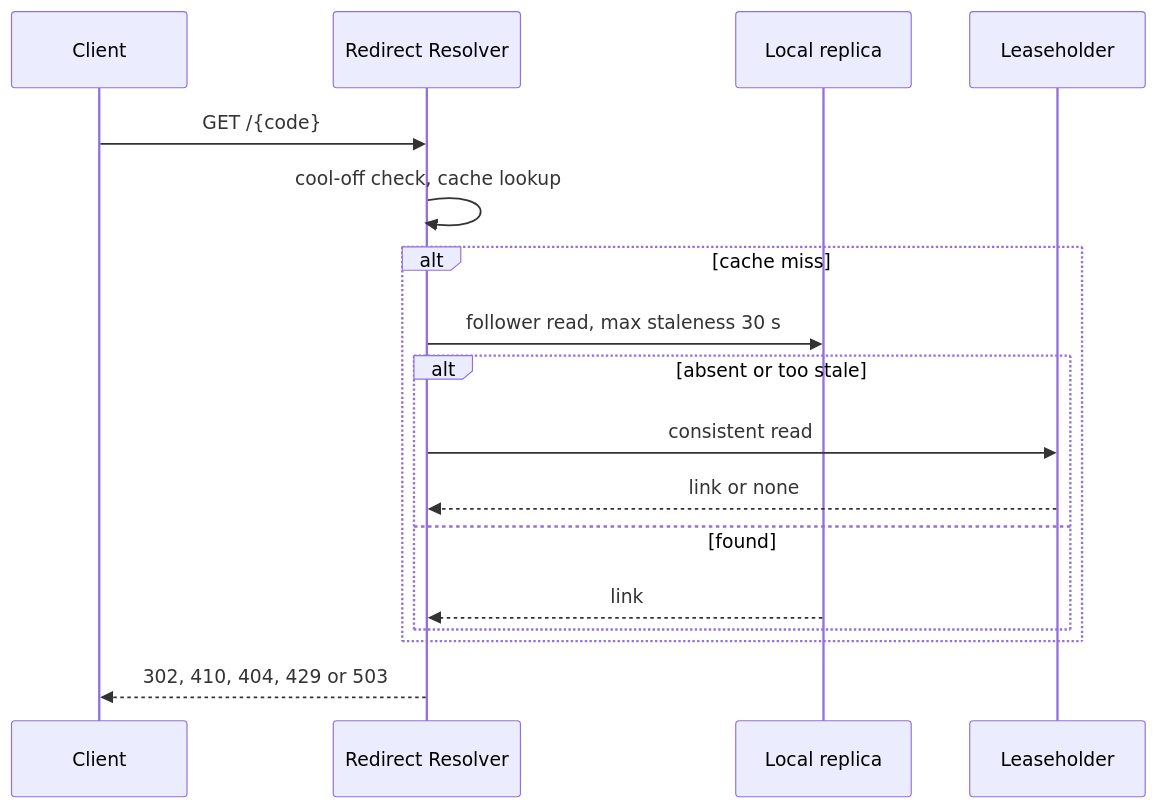
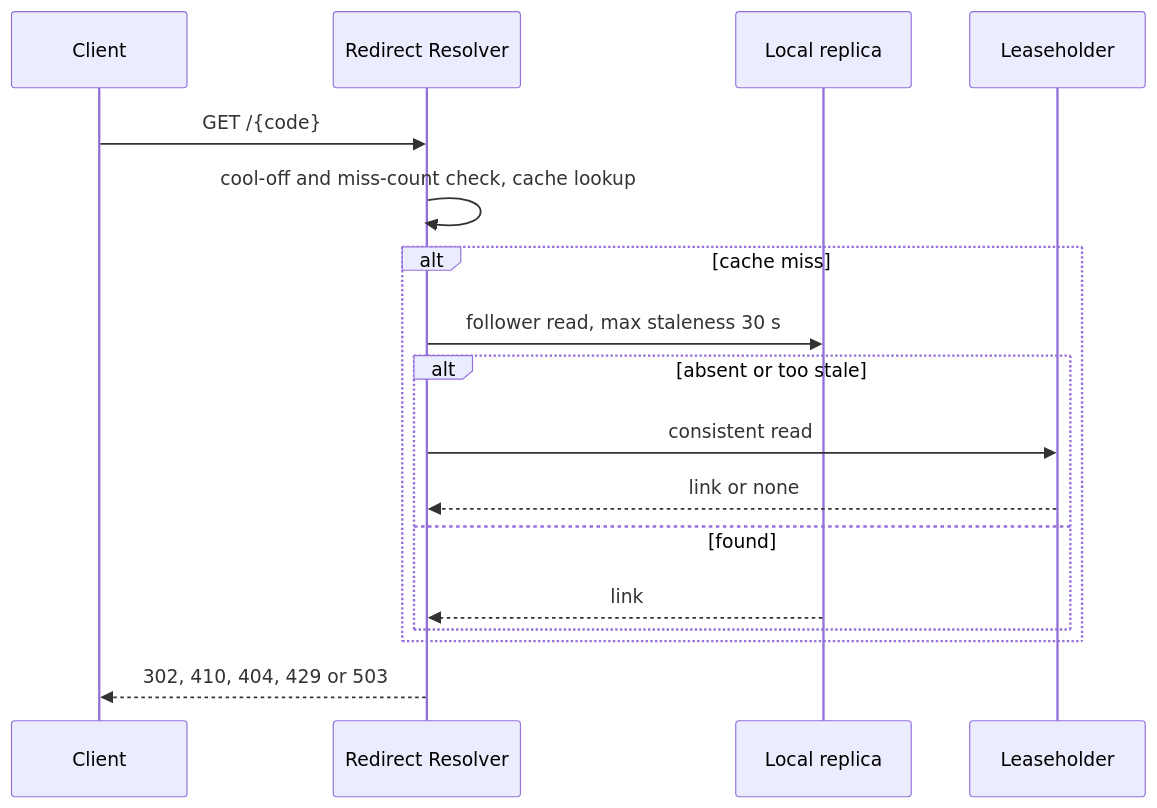
The second of 2 diagrams in design-doc/url-shortener/design.md (LambdaNotFound/system-design), drawn with Mermaid before and after one commit. The commit also changed other lines of this file, not shown here.

````diff
--- a/design-doc/url-shortener/design.md
+++ b/design-doc/url-shortener/design.md
@@ -232,19 +237,19 @@
 ```mermaid
 sequenceDiagram
     participant C as Client
     participant R as Redirect Resolver
     participant LR as Local replica
     participant LH as Leaseholder
     C->>R: GET /{code}
-    R->>R: cool-off check, cache lookup
+    R->>R: cool-off and miss-count check, cache lookup
     alt cache miss
         R->>LR: follower read, max staleness 30 s
         alt absent or too stale
             R->>LH: consistent read
             LH-->>R: link or none
         else found
             LR-->>R: link
         end
     end
     R-->>C: 302, 410, 404, 429 or 503
 ```
````
